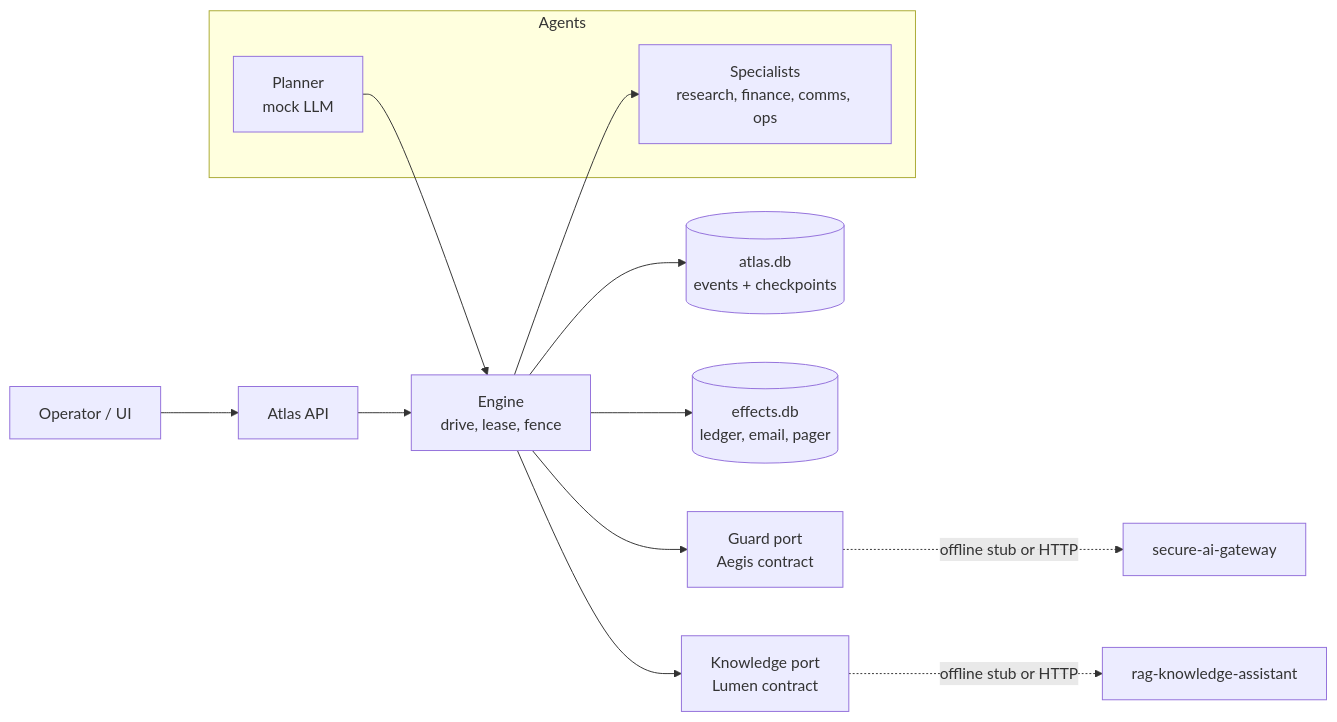
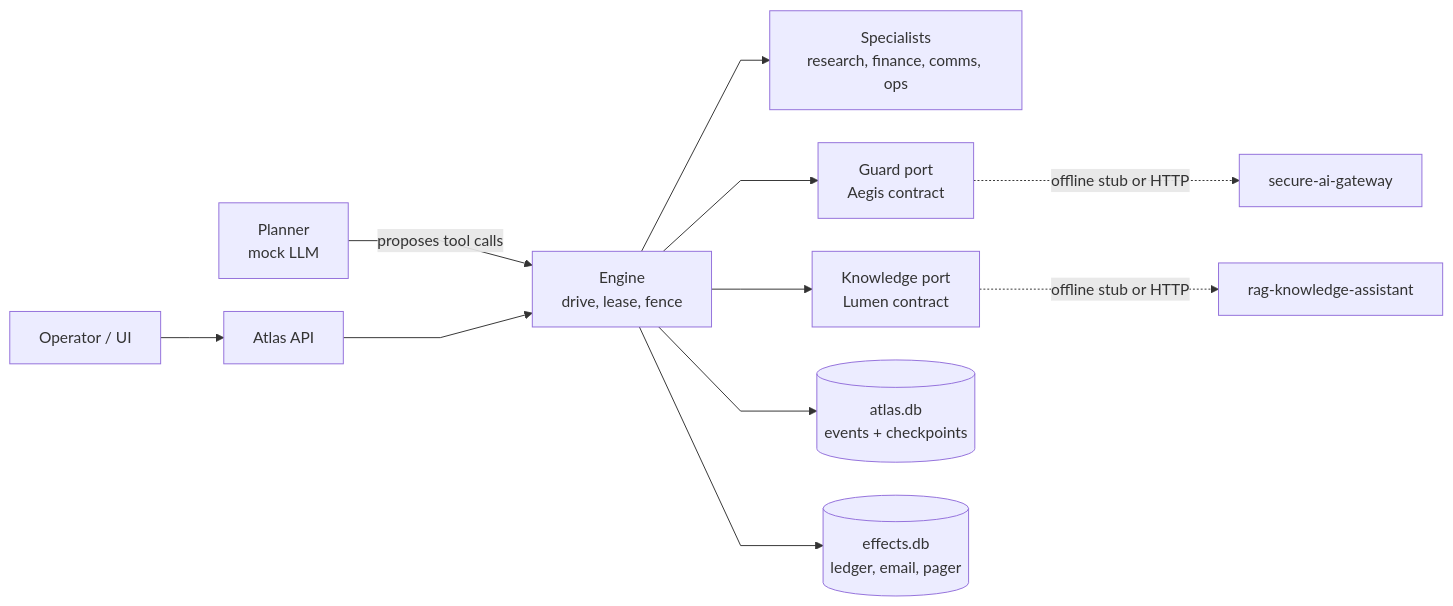
The first of 2 diagrams in atlas/README.md (kumarlakshya24/enterprise-ai-platform), drawn with Mermaid before and after one commit. The commit also changed 6 other files, not shown here.

First line of the commit message:
docs: redraw seven project architecture diagrams with no crossing lines (#24)

````diff
--- a/atlas/README.md
+++ b/atlas/README.md
@@ -80,17 +80,14 @@
 ```mermaid
+%%{init: {"flowchart": {"curve": "linear", "nodeSpacing": 34, "rankSpacing": 60}}}%%
 flowchart LR
-  subgraph Agents
-    P[Planner<br/>mock LLM]
-    S[Specialists<br/>research, finance, comms, ops]
-  end
+  P[Planner<br/>mock LLM] -- "proposes tool calls" --> ENG
   U[Operator / UI] --> API[Atlas API]
   API --> ENG[Engine<br/>drive, lease, fence]
-  P --> ENG
-  ENG --> S
+  ENG --> S[Specialists<br/>research, finance, comms, ops]
   ENG --> GUARD[Guard port<br/>Aegis contract]
   ENG --> LUMEN[Knowledge port<br/>Lumen contract]
   ENG --> LOG[(atlas.db<br/>events + checkpoints)]
   ENG --> FX[(effects.db<br/>ledger, email, pager)]
   GUARD -. offline stub or HTTP .-> AEGIS[secure-ai-gateway]
   LUMEN -. offline stub or HTTP .-> RAG[rag-knowledge-assistant]
 ```
````
